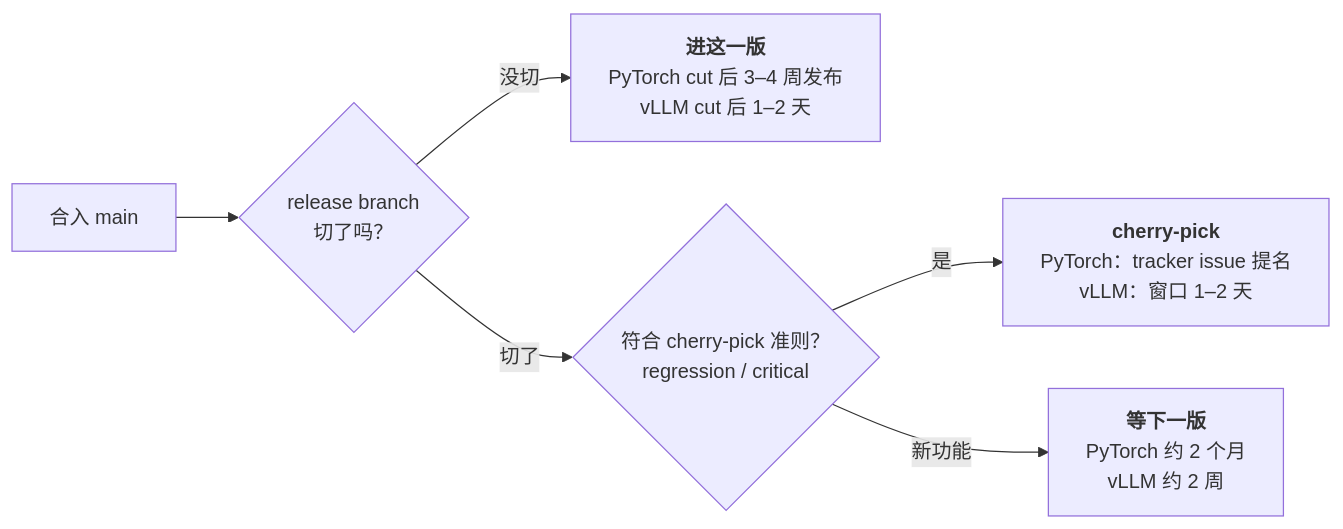
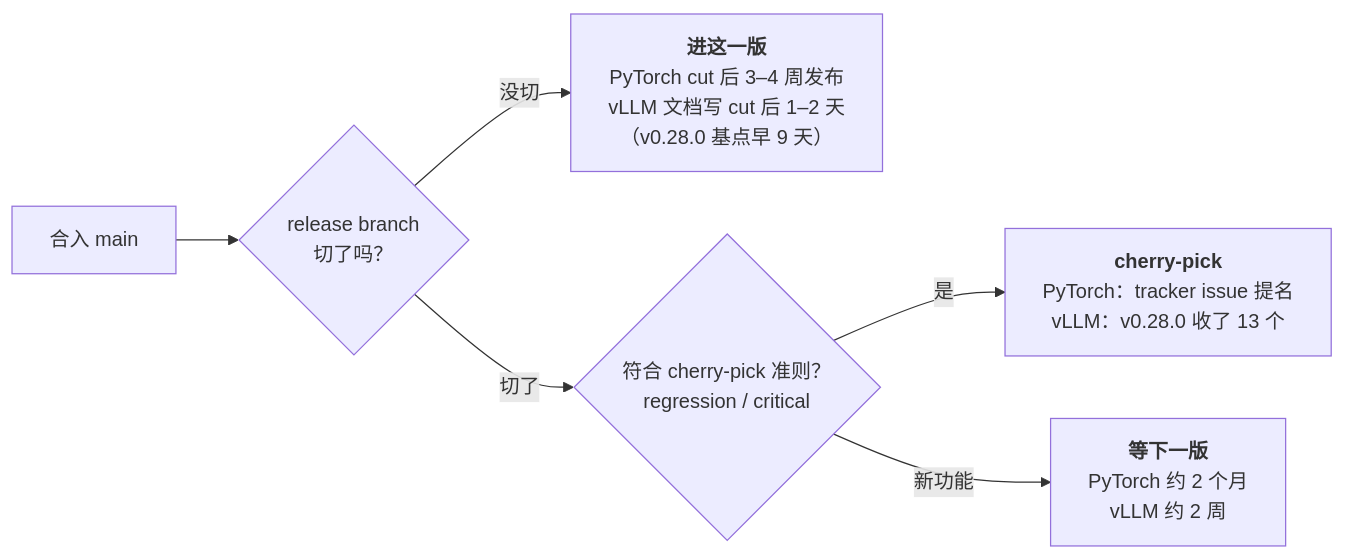
Before and after one commit to arganzheng/arganzheng.github.com: the second of 4 diagrams in slides/2026-09-27-contributing-to-ai-infra-open-source.md, drawn with Mermaid. The commit also changed other lines of this file and 2 other files, not shown here.

````diff
--- a/slides/2026-09-27-contributing-to-ai-infra-open-source.md
+++ b/slides/2026-09-27-contributing-to-ai-infra-open-source.md
@@ -72,9 +72,9 @@
 ```mermaid
 %%{init: {"flowchart": {"wrappingWidth": 300}}}%%
 flowchart LR
     M["合入 main"] --> Q1{"release branch<br/>切了吗？"}
-    Q1 -->|"没切"| N["<b>进这一版</b><br/>PyTorch cut 后 3–4 周发布<br/>vLLM cut 后 1–2 天"]
+    Q1 -->|"没切"| N["<b>进这一版</b><br/>PyTorch cut 后 3–4 周发布<br/>vLLM 文档写 cut 后 1–2 天<br/>（v0.28.0 基点早 9 天）"]
     Q1 -->|"切了"| Q2{"符合 cherry-pick 准则？<br/>regression / critical"}
-    Q2 -->|"是"| CP["<b>cherry-pick</b><br/>PyTorch：tracker issue 提名<br/>vLLM：窗口 1–2 天"]
+    Q2 -->|"是"| CP["<b>cherry-pick</b><br/>PyTorch：tracker issue 提名<br/>vLLM：v0.28.0 收了 13 个"]
     Q2 -->|"新功能"| NX["<b>等下一版</b><br/>PyTorch 约 2 个月<br/>vLLM 约 2 周"]
 ```
````
